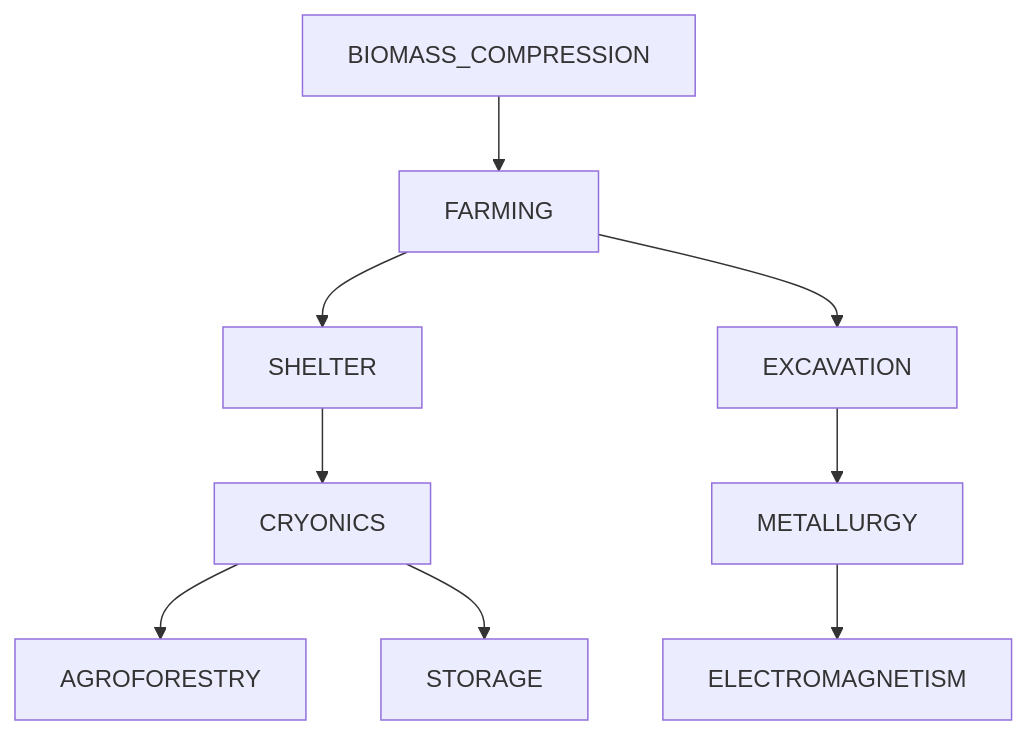
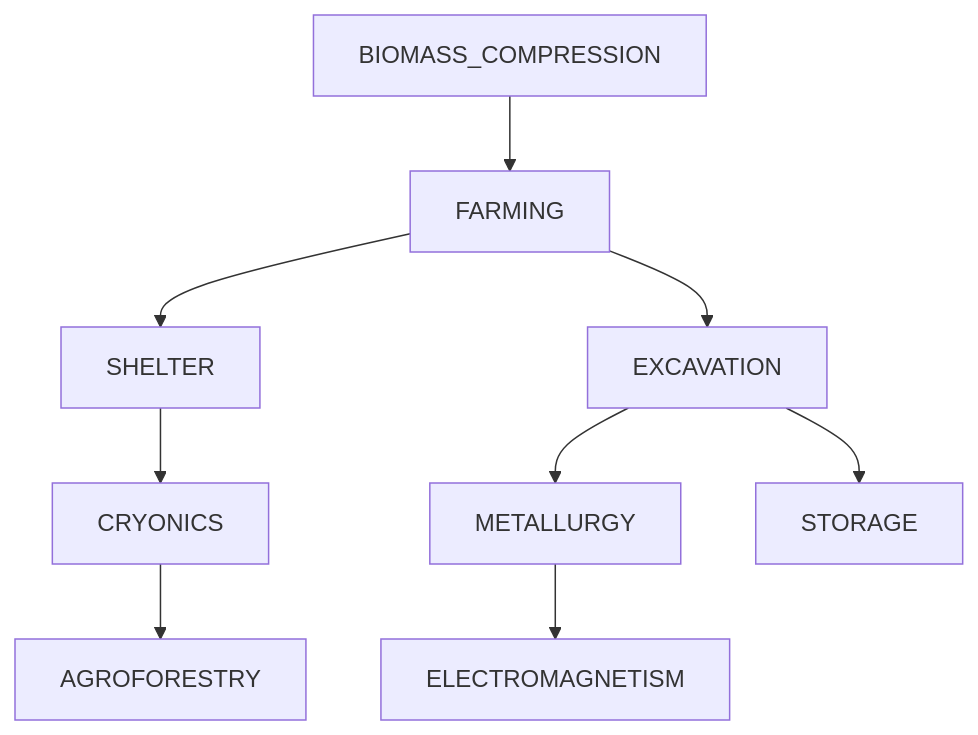
The diagram in docs/TECH_TREE.md (krnsk0/idler), drawn with Mermaid before and after one commit. The commit also changed 5 other files, not shown here.

````diff
--- a/docs/TECH_TREE.md
+++ b/docs/TECH_TREE.md
@@ -6,12 +6,12 @@
 ```mermaid
 flowchart TD;
   BIOMASS_COMPRESSION --> FARMING
   FARMING --> SHELTER
   FARMING --> EXCAVATION
   SHELTER --> CRYONICS
   CRYONICS --> AGROFORESTRY
-  CRYONICS --> STORAGE
   EXCAVATION --> METALLURGY
+  EXCAVATION --> STORAGE
   METALLURGY --> ELECTROMAGNETISM
 
 ```
````
